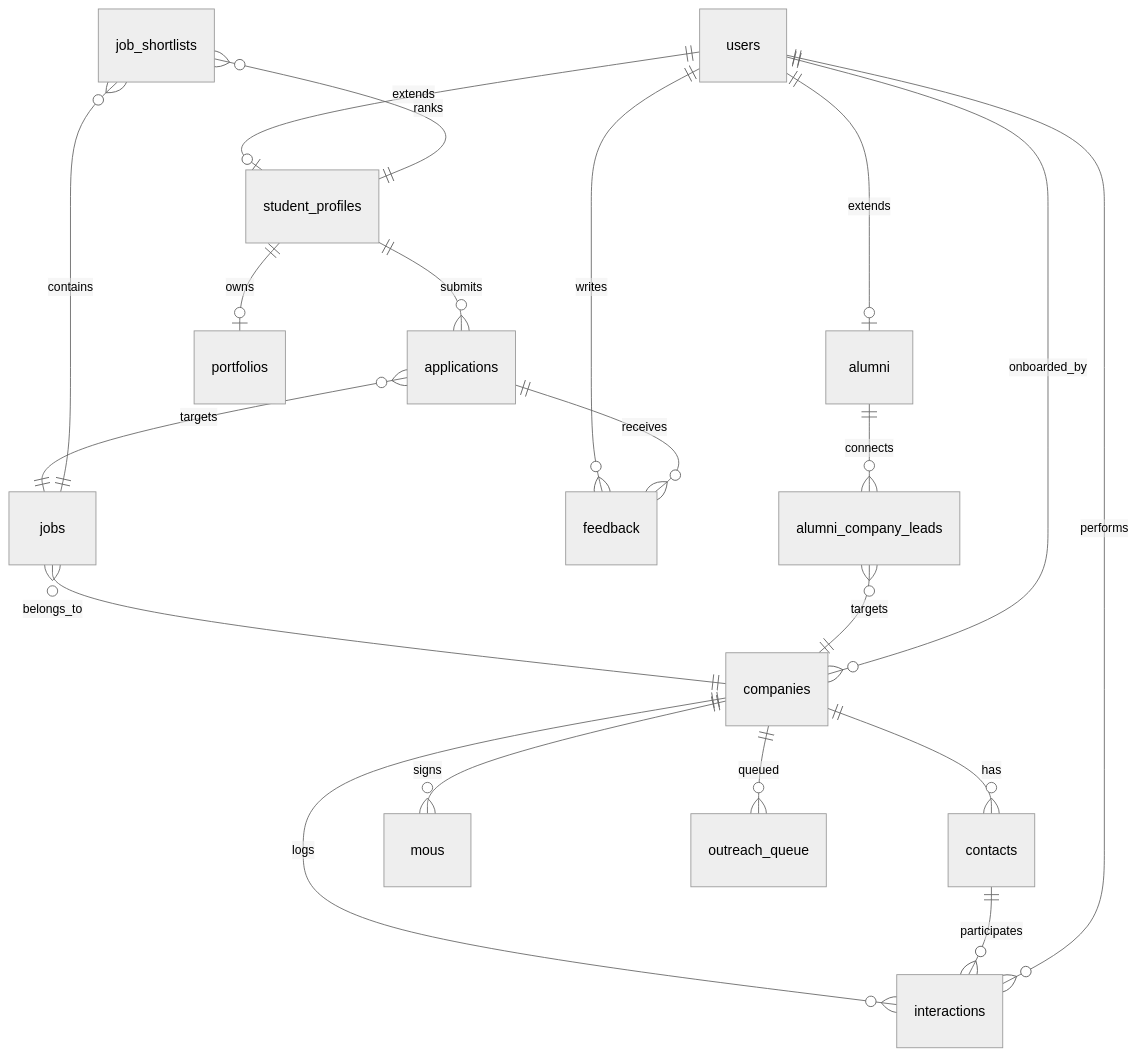
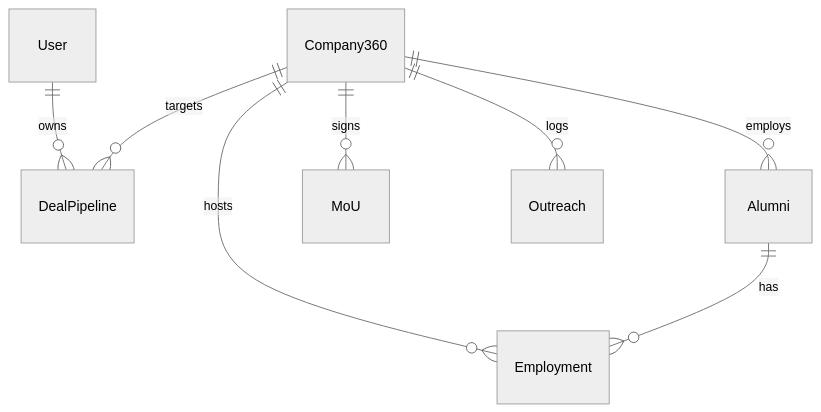
Before and after one commit to PRASHIK-VYAS/CRM: the diagram in LLD.md, drawn with Mermaid (neutral theme). The commit also changed other lines of this file and 6 other files, not shown here.

Commit message:
architecture diagram

````diff
--- a/LLD.md
+++ b/LLD.md
@@ -537,22 +277,10 @@
 ```mermaid
 erDiagram
-    users ||--o| student_profiles : extends
-    users ||--o| alumni : extends
-    student_profiles ||--o| portfolios : owns
-    student_profiles ||--o{ applications : submits
-    applications }o--|| jobs : targets
-    jobs }o--|| companies : belongs_to
-    companies ||--o{ contacts : has
-    companies ||--o{ interactions : logs
-    companies ||--o{ mous : signs
-    companies ||--o{ outreach_queue : queued
-    contacts ||--o{ interactions : participates
-    users ||--o{ interactions : performs
-    users ||--o{ feedback : writes
-    applications ||--o{ feedback : receives
-    job_shortlists }o--|| jobs : contains
-    job_shortlists }o--|| student_profiles : ranks
-    alumni ||--o{ alumni_company_leads : connects
-    alumni_company_leads }o--|| companies : targets
-    users ||--o{ companies : onboarded_by
+    User ||--o{ DealPipeline : owns
+    Company360 ||--o{ Alumni : employs
+    Company360 ||--o{ DealPipeline : targets
+    Company360 ||--o{ MoU : signs
+    Company360 ||--o{ Outreach : logs
+    Company360 ||--o{ Employment : hosts
+    Alumni ||--o{ Employment : has
 ```
````
